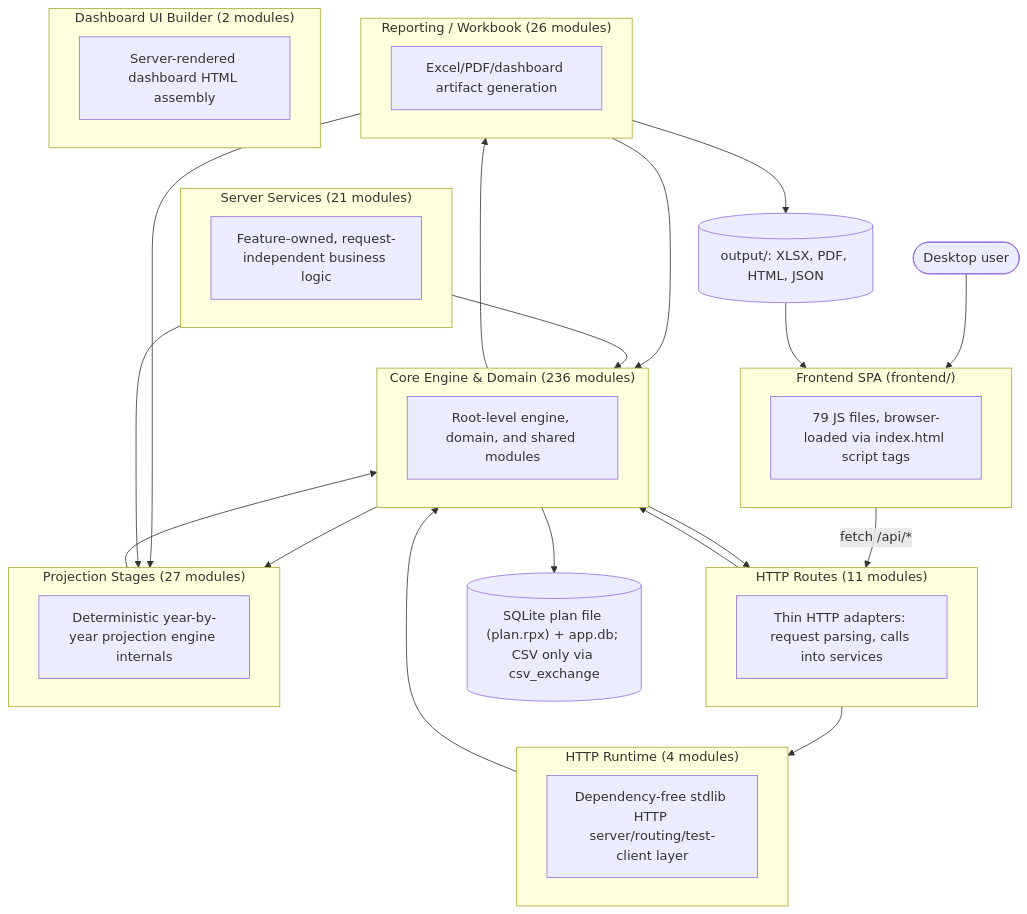
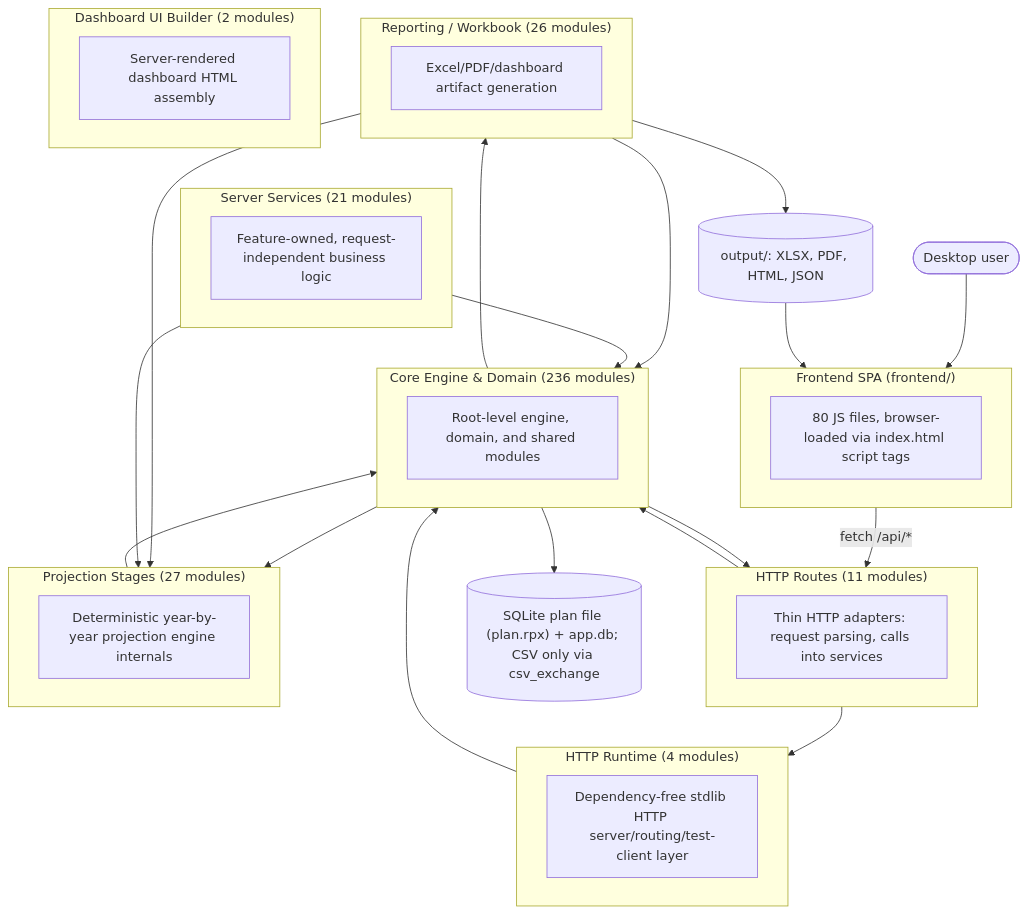
The first of 2 diagrams in documentation/reference/SYSTEM_ARCHITECTURE_DIAGRAM.md (matthartzman/retirement_system), drawn with Mermaid before and after one commit. The commit also changed other lines of this file and 6 other files, not shown here.

````diff
--- a/documentation/reference/SYSTEM_ARCHITECTURE_DIAGRAM.md
+++ b/documentation/reference/SYSTEM_ARCHITECTURE_DIAGRAM.md
@@ -11,43 +11,43 @@
 ```mermaid
 flowchart TB
     User(["Desktop user"]) --> FE
     subgraph FE["Frontend SPA (frontend/)"]
-        FEcount["79 JS files, browser-loaded via index.html script tags"]
+        FEcount["80 JS files, browser-loaded via index.html script tags"]
     end
     FE -->|fetch /api/*| L_HTTP_Routes
     subgraph L_HTTP_Routes["HTTP Routes (11 modules)"]
         L_HTTP_Routes_d["Thin HTTP adapters: request parsing, calls into services"]
     end
     subgraph L_Server_Services["Server Services (21 modules)"]
         L_Server_Services_d["Feature-owned, request-independent business logic"]
     end
     subgraph L_HTTP_Runtime["HTTP Runtime (4 modules)"]
         L_HTTP_Runtime_d["Dependency-free stdlib HTTP server/routing/test-client layer"]
     end
     subgraph L_Core_Engine___Domain["Core Engine & Domain (236 modules)"]
         L_Core_Engine___Domain_d["Root-level engine, domain, and shared modules"]
     end
     subgraph L_Projection_Stages["Projection Stages (27 modules)"]
         L_Projection_Stages_d["Deterministic year-by-year projection engine internals"]
     end
     subgraph L_Reporting___Workbook["Reporting / Workbook (26 modules)"]
         L_Reporting___Workbook_d["Excel/PDF/dashboard artifact generation"]
     end
     subgraph L_Dashboard_UI_Builder["Dashboard UI Builder (2 modules)"]
         L_Dashboard_UI_Builder_d["Server-rendered dashboard HTML assembly"]
     end
     L_Core_Engine___Domain --> L_HTTP_Routes
     L_Core_Engine___Domain --> L_Projection_Stages
     L_Core_Engine___Domain --> L_Reporting___Workbook
     L_HTTP_Routes --> L_Core_Engine___Domain
     L_HTTP_Routes --> L_HTTP_Runtime
     L_HTTP_Runtime --> L_Core_Engine___Domain
     L_Projection_Stages --> L_Core_Engine___Domain
     L_Reporting___Workbook --> L_Core_Engine___Domain
     L_Reporting___Workbook --> L_Projection_Stages
     L_Server_Services --> L_Core_Engine___Domain
     L_Server_Services --> L_Projection_Stages
     L_Core_Engine___Domain --> DB[("SQLite plan file (plan.rpx) + app.db; CSV only via csv_exchange")]
     L_Reporting___Workbook --> Outputs[("output/: XLSX, PDF, HTML, JSON")]
     Outputs --> FE
 ```
````
